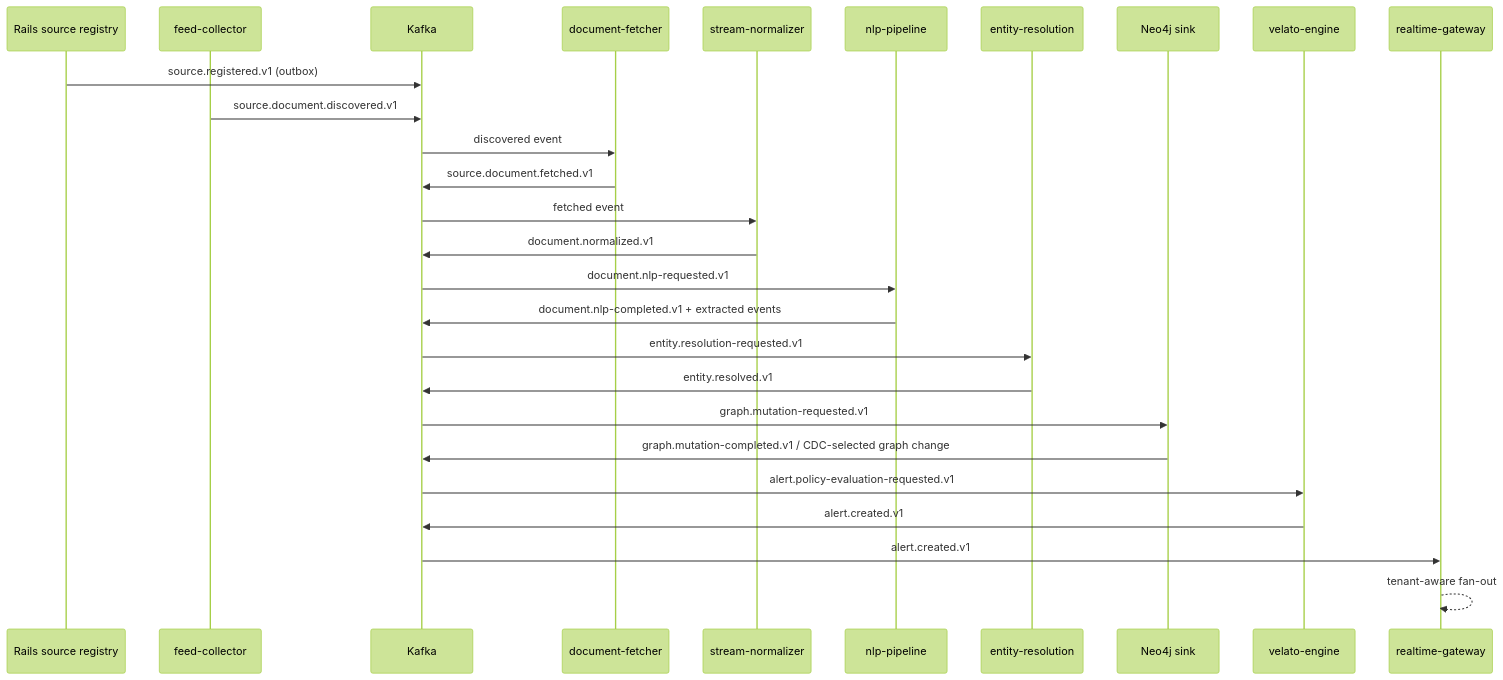
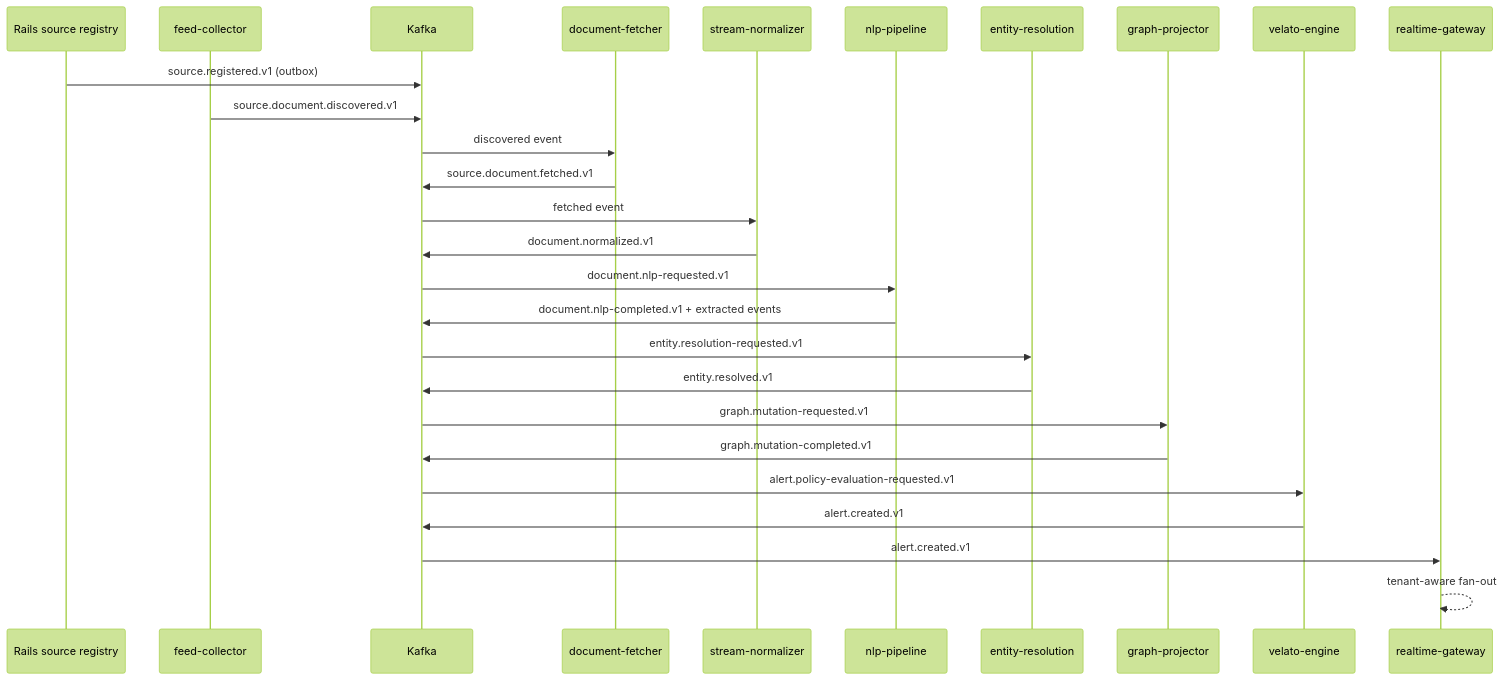
Before and after one commit to Pepitodrop/signalchord: the third of 3 diagrams in docs/architecture/architecture.md, drawn with Mermaid (forest theme). The commit also changed other lines of this file and 2 other files, not shown here.

Commit message:
docs: update runtime architecture and delivery phases

````diff
--- a/docs/architecture/architecture.md
+++ b/docs/architecture/architecture.md
@@ -71,29 +71,29 @@
 ```mermaid
 sequenceDiagram
   participant R as Rails source registry
   participant F as feed-collector
   participant K as Kafka
   participant D as document-fetcher
   participant N as stream-normalizer
   participant P as nlp-pipeline
   participant E as entity-resolution
-  participant G as Neo4j sink
+  participant G as graph-projector
   participant V as velato-engine
   participant W as realtime-gateway
   R->>K: source.registered.v1 (outbox)
   F->>K: source.document.discovered.v1
   K->>D: discovered event
   D->>K: source.document.fetched.v1
   K->>N: fetched event
   N->>K: document.normalized.v1
   K->>P: document.nlp-requested.v1
   P->>K: document.nlp-completed.v1 + extracted events
   K->>E: entity.resolution-requested.v1
   E->>K: entity.resolved.v1
   K->>G: graph.mutation-requested.v1
-  G->>K: graph.mutation-completed.v1 / CDC-selected graph change
+  G->>K: graph.mutation-completed.v1
   K->>V: alert.policy-evaluation-requested.v1
   V->>K: alert.created.v1
   K->>W: alert.created.v1
   W-->>W: tenant-aware fan-out
 ```
````
